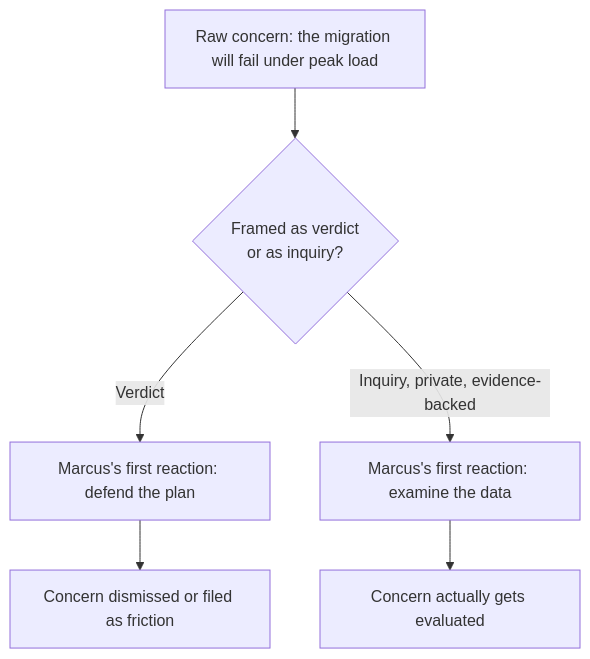
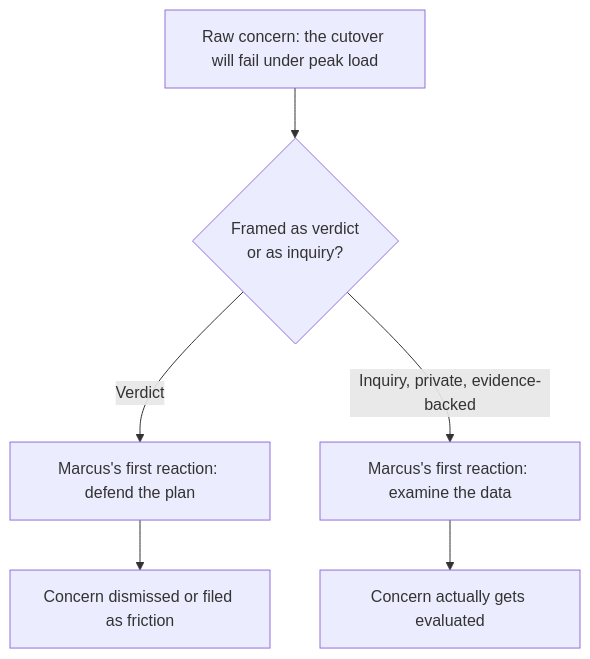
One commit to francoandreDev/knowledge changed the second of 3 diagrams in src/content/business-communication/upward-disagreement/L2-concept.mdx. Above: the diagram before and after it, drawn with Mermaid. The commit also changed other lines of this file and 3 other files, not shown here.

````diff
--- a/src/content/business-communication/upward-disagreement/L2-concept.mdx
+++ b/src/content/business-communication/upward-disagreement/L2-concept.mdx
@@ -95,8 +100,8 @@
 ```mermaid
 flowchart TD
-    Concern["Raw concern: the migration will fail under peak load"] --> Frame{"Framed as verdict\nor as inquiry?"}
+    Concern["Raw concern: the cutover will fail under peak load"] --> Frame{"Framed as verdict\nor as inquiry?"}
     Frame -->|Verdict| Def["Marcus's first reaction: defend the plan"]
     Frame -->|Inquiry, private, evidence-backed| Think["Marcus's first reaction: examine the data"]
     Def --> Stall["Concern dismissed or filed as friction"]
     Think --> Explore["Concern actually gets evaluated"]
 ```
````
